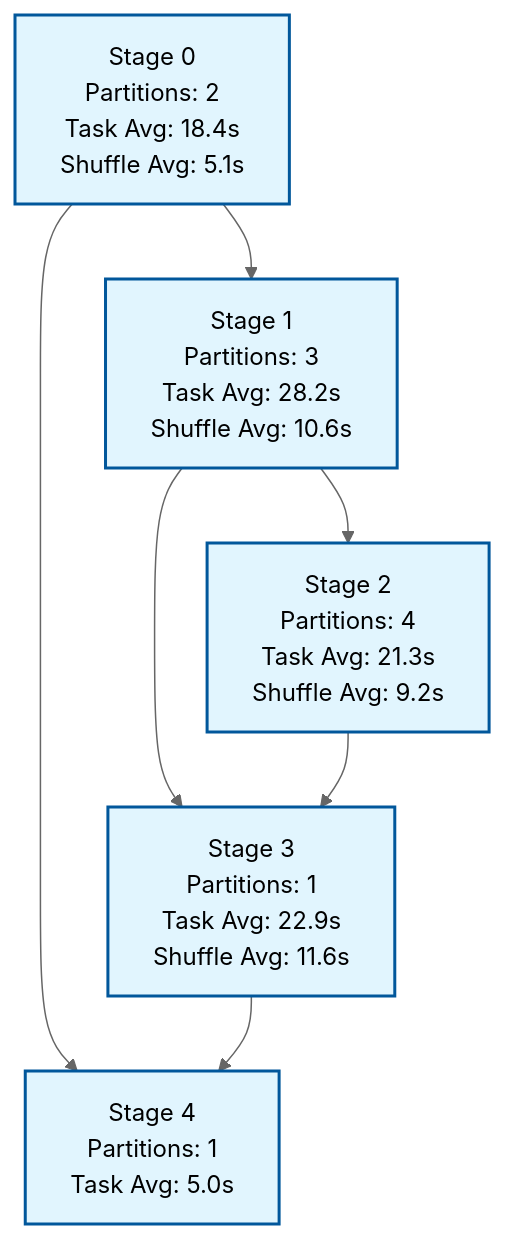
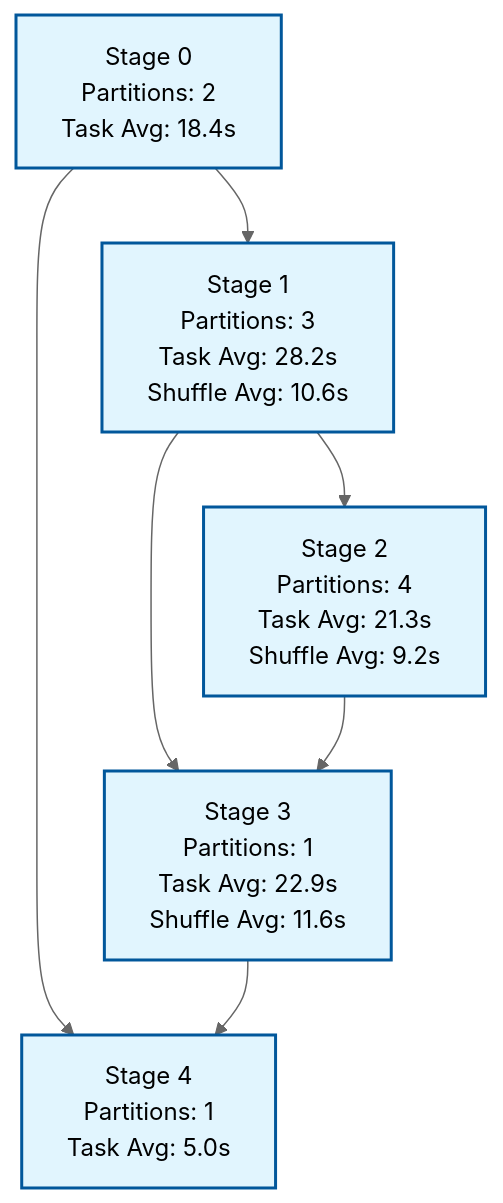
One commit to fhalde/fauxspark changed the diagram in examples/generated/run1/README.md. Above: the diagram before and after it, drawn with Mermaid (neutral theme). The commit also changed 4 other files, not shown here.

````diff
--- a/examples/generated/run1/README.md
+++ b/examples/generated/run1/README.md
@@ -9,12 +9,12 @@
 ```mermaid
 graph TD
-    Stage0["Stage 0<br/>Partitions: 2<br/>Task Avg: 18.4s<br/>Shuffle Avg: 5.1s"] --> Stage1["Stage 1<br/>Partitions: 3<br/>Task Avg: 28.2s<br/>Shuffle Avg: 10.6s"]
+    Stage0["Stage 0<br/>Partitions: 2<br/>Task Avg: 18.4s"] --> Stage1["Stage 1<br/>Partitions: 3<br/>Task Avg: 28.2s<br/>Shuffle Avg: 10.6s"]
     Stage1 --> Stage2["Stage 2<br/>Partitions: 4<br/>Task Avg: 21.3s<br/>Shuffle Avg: 9.2s"]
     Stage1 --> Stage3["Stage 3<br/>Partitions: 1<br/>Task Avg: 22.9s<br/>Shuffle Avg: 11.6s"]
     Stage2 --> Stage3
     Stage0 --> Stage4["Stage 4<br/>Partitions: 1<br/>Task Avg: 5.0s"]
     Stage3 --> Stage4
 
     classDef stageBox fill:#e1f5fe,stroke:#01579b,stroke-width:2px
     class Stage0,Stage1,Stage2,Stage3,Stage4 stageBox
 ```
````
